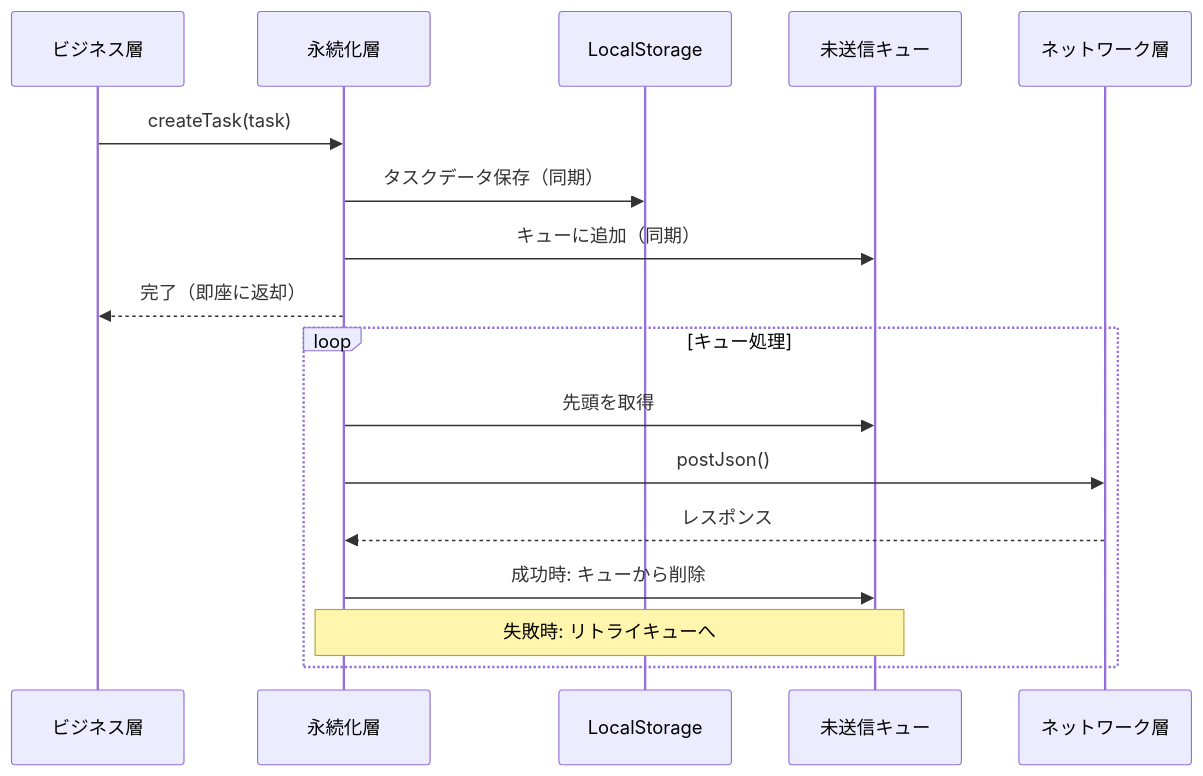
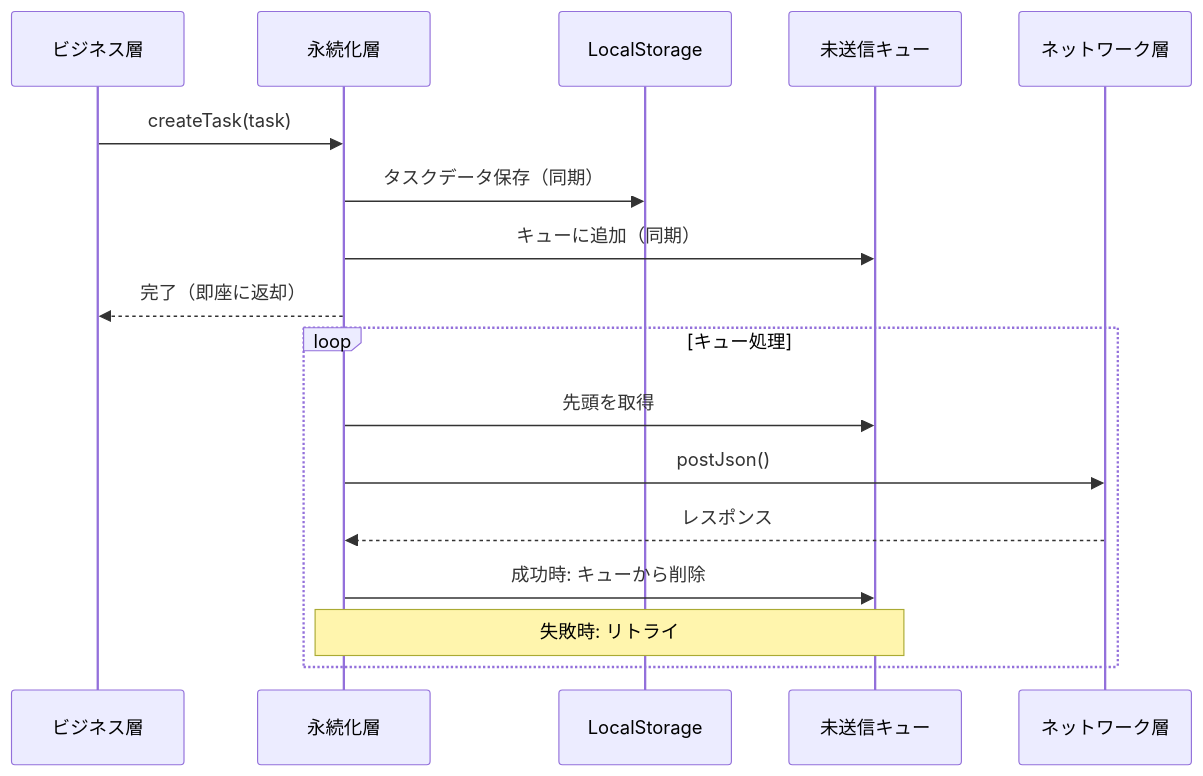
Before and after one commit to osawa-naotaka/vanishtodo: the second of 3 diagrams in doc/04_ARCHETECTURE.md, drawn with Mermaid. The commit also changed other lines of this file and 1 other file, not shown here.

````diff
--- a/doc/04_ARCHETECTURE.md
+++ b/doc/04_ARCHETECTURE.md
@@ -188,21 +187,21 @@
 ```mermaid
 sequenceDiagram
     participant BL as ビジネス層
     participant PM as 永続化層
     participant LS as LocalStorage
     participant Q as 未送信キュー
     participant NET as ネットワーク層
 
     BL->>PM: createTask(task)
     PM->>LS: タスクデータ保存（同期）
     PM->>Q: キューに追加（同期）
     PM-->>BL: 完了（即座に返却）
     
     loop キュー処理
         PM->>Q: 先頭を取得
         PM->>NET: postJson()
         NET-->>PM: レスポンス
         PM->>Q: 成功時: キューから削除
-        Note over PM,Q: 失敗時: リトライキューへ
+        Note over PM,Q: 失敗時: リトライ
     end
 ```
````
